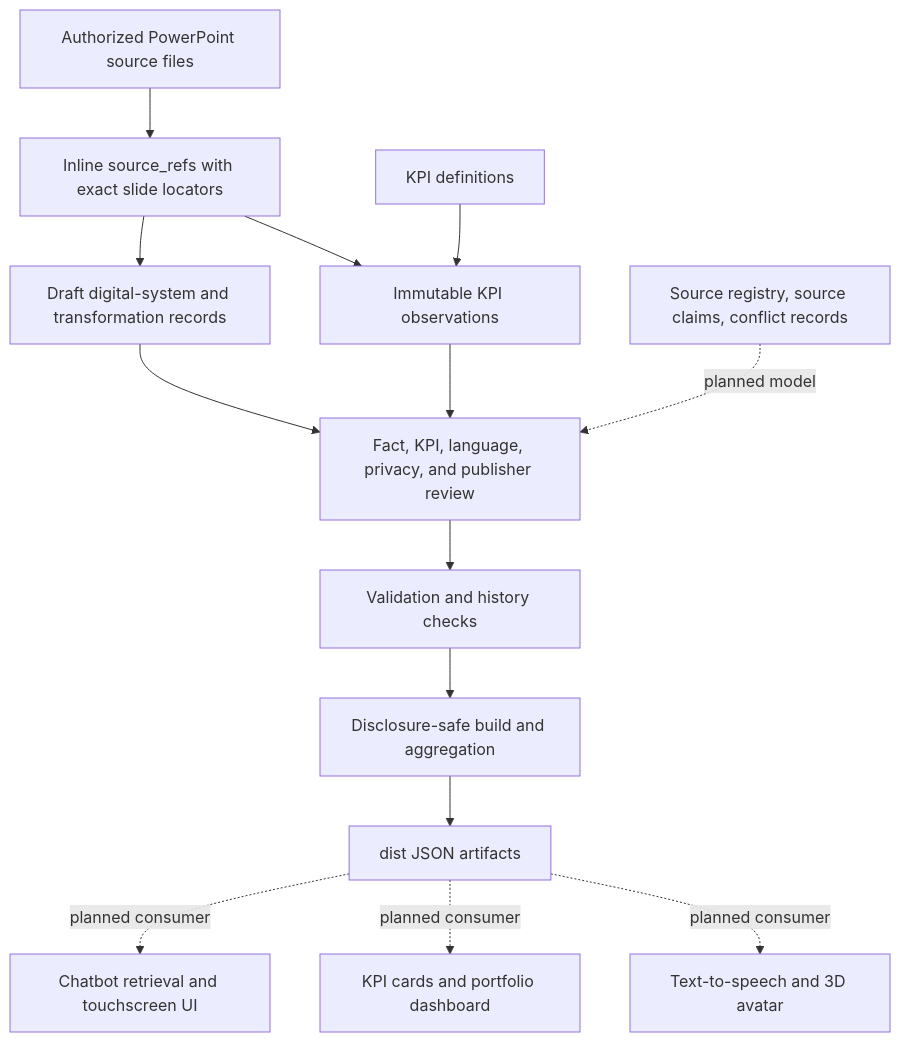
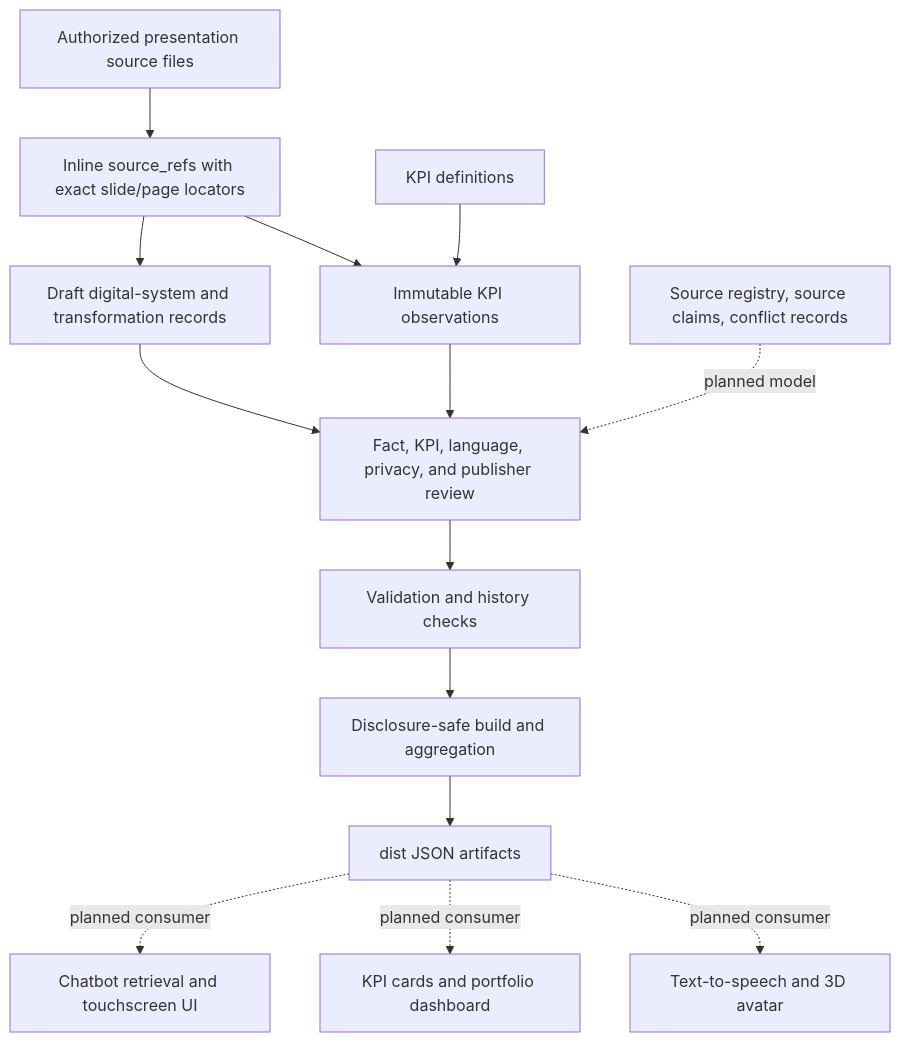
Before and after one commit to naolselemon/osta-exhibition-knowledge-base: the first of 3 diagrams in README.md, drawn with Mermaid. The commit also changed other lines of this file and 10 other files, not shown here.

````diff
--- a/README.md
+++ b/README.md
@@ -112,16 +112,16 @@
 ```mermaid
 flowchart TD
-    A[Authorized PowerPoint source files] --> B[Inline source_refs with exact slide locators]
+    A[Authorized presentation source files] --> B[Inline source_refs with exact slide/page locators]
     B --> C[Draft digital-system and transformation records]
     B --> D[Immutable KPI observations]
     E[KPI definitions] --> D
     C --> F[Fact, KPI, language, privacy, and publisher review]
     D --> F
     F --> G[Validation and history checks]
     G --> H[Disclosure-safe build and aggregation]
     H --> I[dist JSON artifacts]
     I -. planned consumer .-> J[Chatbot retrieval and touchscreen UI]
     I -. planned consumer .-> K[KPI cards and portfolio dashboard]
     I -. planned consumer .-> L[Text-to-speech and 3D avatar]
     M[Source registry, source claims, conflict records] -. planned model .-> F
 ```
````
